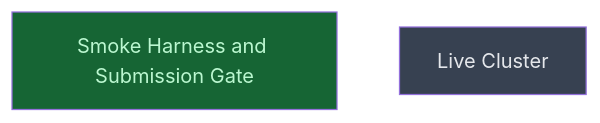
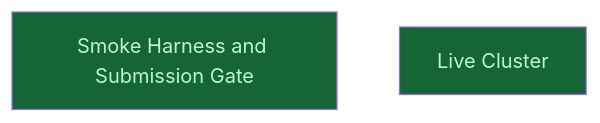
Before and after one commit to RIKEN-RCCS/Rikyu-Agent: the diagram in __roadmap__/rikyu_mcp_sdk_v2/validation/README.md, drawn with Mermaid. The commit also changed other lines of this file and 2 other files, not shown here.

Commit message:
docs(roadmap): mark validation and live_cluster done
All five campaign leaves integrated and verified.

````diff
--- a/__roadmap__/rikyu_mcp_sdk_v2/validation/README.md
+++ b/__roadmap__/rikyu_mcp_sdk_v2/validation/README.md
@@ -30,10 +30,10 @@
 ```mermaid
 graph TD
     harness_and_gating[Smoke Harness and Submission Gate]:::done
-    live[Live Cluster]:::planned
+    live[Live Cluster]:::done
     classDef done       fill:#166534,color:#bbf7d0
     classDef inprogress fill:#854d0e,color:#fef08a
     classDef planned    fill:#374151,color:#e5e7eb
     classDef amendment  fill:#1e3a5f,color:#bfdbfe
     classDef blocked    fill:#7f1d1d,color:#fecaca
 ```
````
